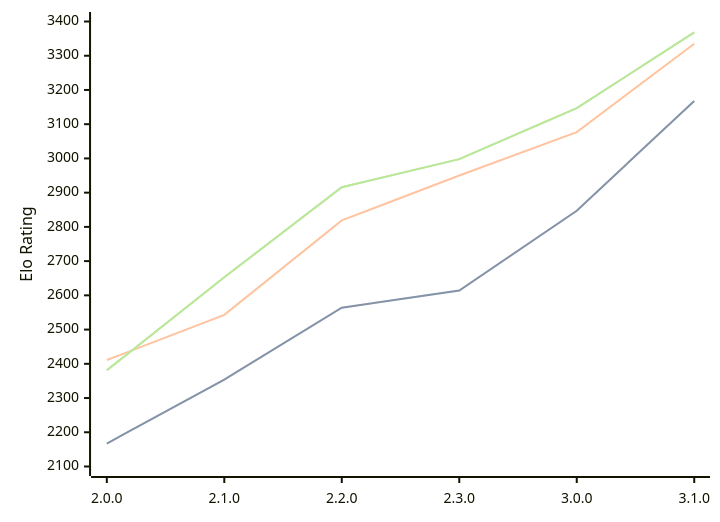
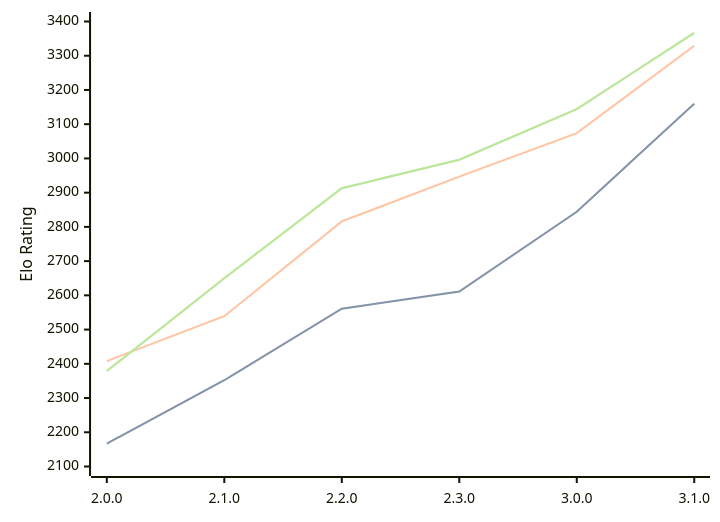
One commit to computer-chess-index/cci changed the diagram in engines/Raphael.md. Above: the diagram before and after it, drawn with Mermaid. The commit also changed other lines of this file, not shown here.

Commit message:
Update CCI Ratings (ELO VLTC) - 2026-03-10

````diff
--- a/engines/Raphael.md
+++ b/engines/Raphael.md
@@ -46,11 +46,11 @@
 ```mermaid
 %%{init: {"theme":"base","themeVariables":{"seriesColors:['#a3a3a3','#222221','#faa371']}}}%%
 xychart-beta
   x-axis ["2.0.0", "2.1.0", "2.2.0", "2.3.0", "3.0.0", "3.1.0"]
   y-axis "Elo Rating" 2100 --> 3400
-  line "STC (8.0+0.08s)" [2167, 2354, 2564, 2614, 2847, 3168]
-  line "STC (8.0+0.08s)" [2167, 2354, 2564, 2614, 2847, 3168]
-  line "LTC (60.0+0.60s)" [2411, 2543, 2819, 2950, 3077, 3335]
-  line "VLTC (2m24s+1.12s)" [2381, 2653, 2916, 2998, 3147, 3368]
-  line "VLTC (2m24s+1.12s)" [2381, 2653, 2916, 2998, 3147, 3368]
+  line "STC (8.0+0.08s)" [2167, 2352, 2561, 2611, 2844, 3160]
+  line "STC (8.0+0.08s)" [2167, 2352, 2561, 2611, 2844, 3160]
+  line "LTC (60.0+0.60s)" [2408, 2539, 2816, 2947, 3074, 3329]
+  line "VLTC (2m24s+1.12s)" [2379, 2650, 2913, 2996, 3144, 3367]
+  line "VLTC (2m24s+1.12s)" [2379, 2650, 2913, 2996, 3144, 3367]
 ```
````
